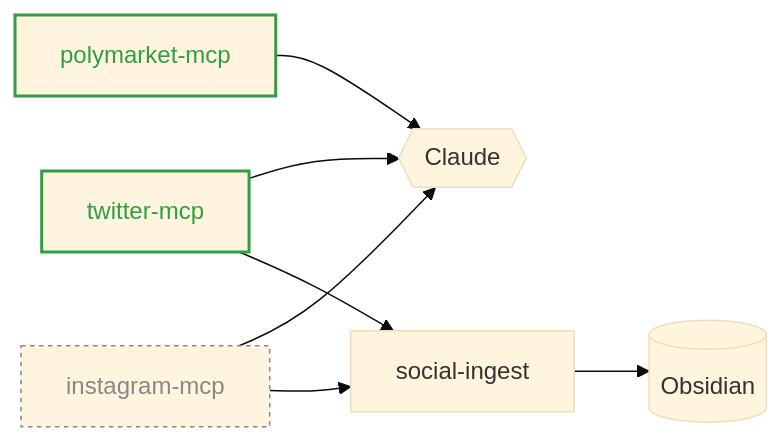
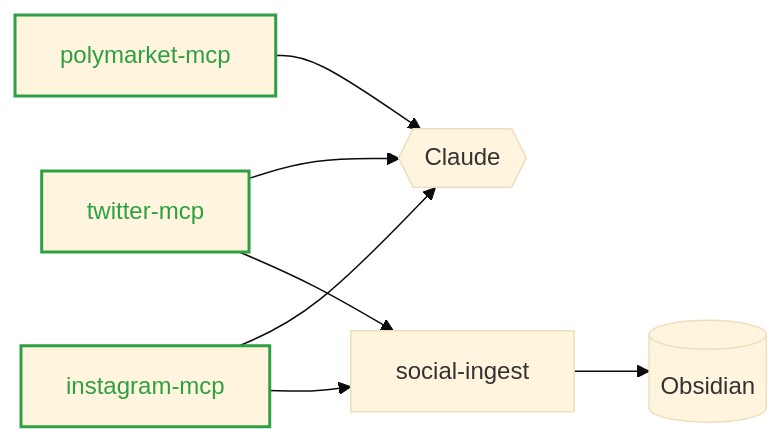
One commit to YoppaV/YoppaV changed the diagram in README.md. Above: the diagram before and after it, drawn with Mermaid (base theme). The commit also changed other lines of this file, not shown here.

Commit message:
feat: mark instagram-mcp as public now that the repo is open

````diff
--- a/README.md
+++ b/README.md
@@ -15,17 +15,17 @@
 ```mermaid
 flowchart LR
     classDef public stroke:#2ea043,stroke-width:2px,color:#2ea043
     classDef private stroke:#888,stroke-dasharray:3 3,color:#888
 
     twitter[twitter-mcp]:::public
     polymarket[polymarket-mcp]:::public
-    instagram[instagram-mcp]:::private
+    instagram[instagram-mcp]:::public
 
     twitter    --> claude{{Claude}}
     polymarket --> claude
     instagram  --> claude
 
     twitter   --> ingest[social-ingest]
     instagram --> ingest
     ingest    --> vault[(Obsidian)]
 ```
````
